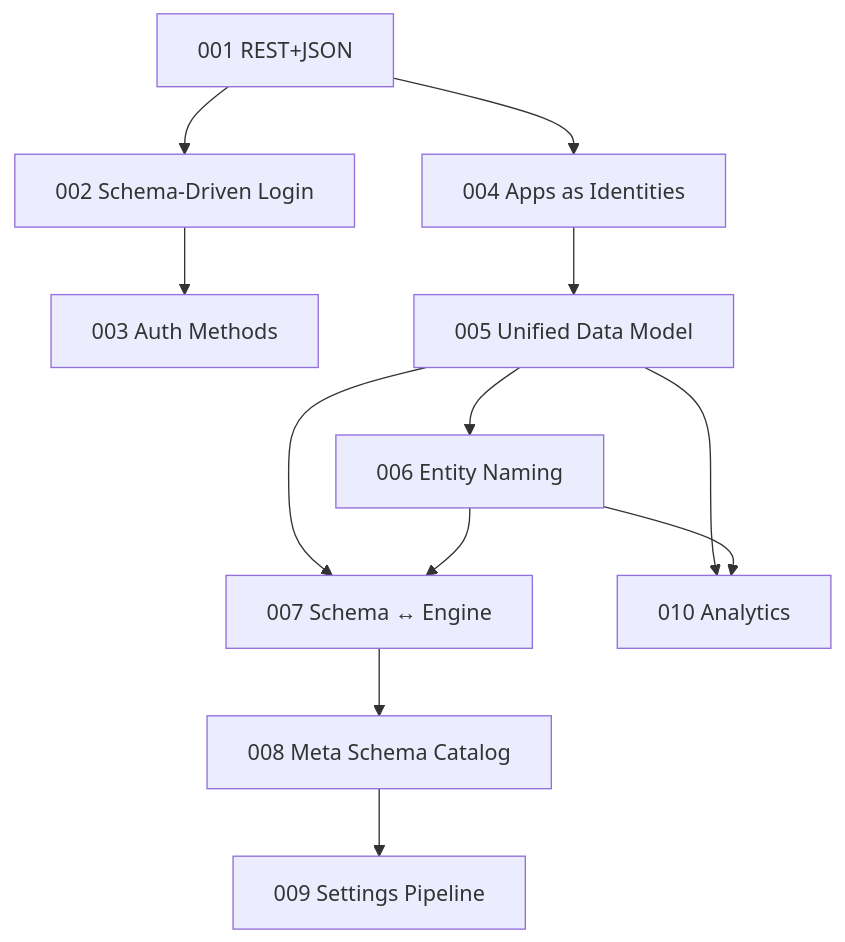
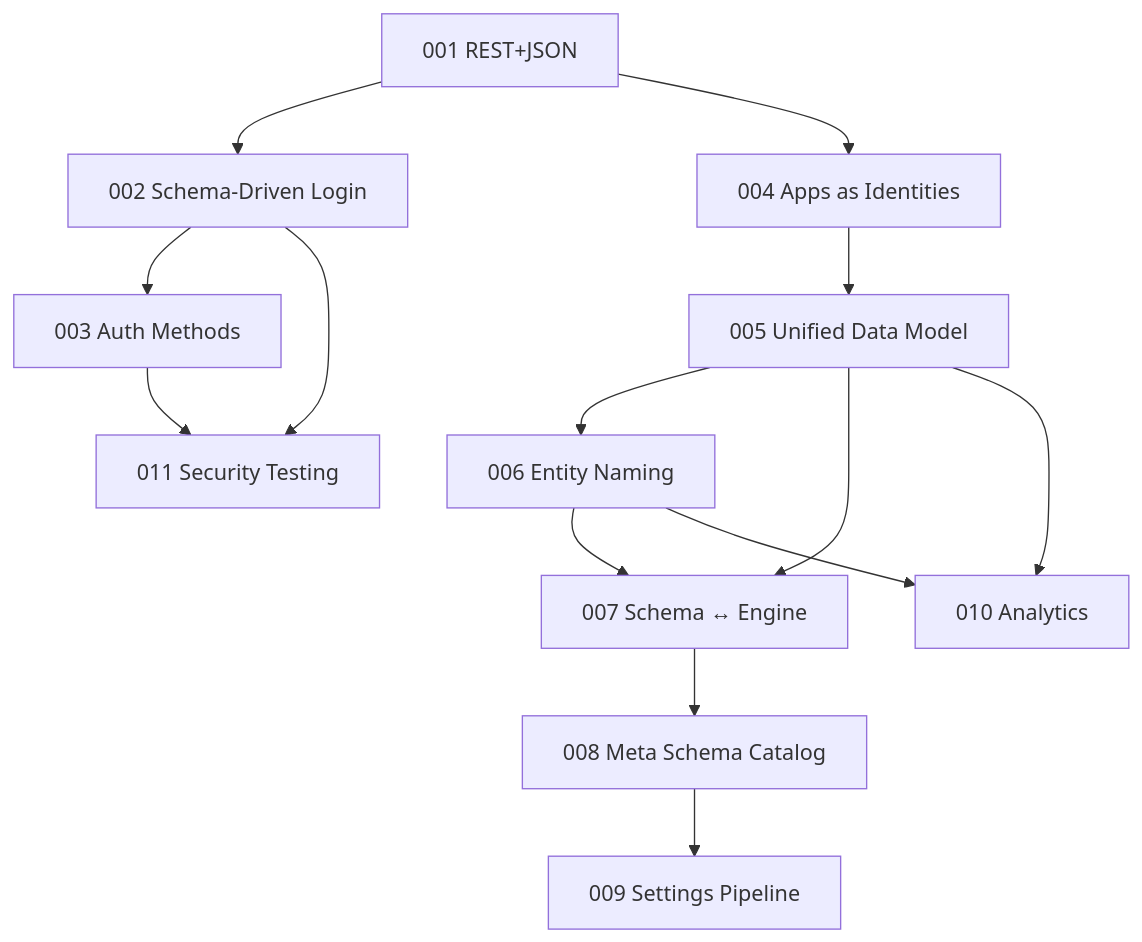
Before and after one commit to fforootd/hodor: the diagram in docs/000-index.md, drawn with Mermaid. The commit also changed other lines of this file and 62 other files, not shown here.

````diff
--- a/docs/000-index.md
+++ b/docs/000-index.md
@@ -47,14 +48,16 @@
 ```mermaid
 graph TD
     A001[001 REST+JSON] --> A002[002 Schema-Driven Login]
     A002 --> A003[003 Auth Methods]
     A001 --> A004[004 Apps as Identities]
     A004 --> A005[005 Unified Data Model]
     A005 --> A006[006 Entity Naming]
     A005 --> A007[007 Schema ↔ Engine]
     A006 --> A007
     A007 --> A008[008 Meta Schema Catalog]
     A008 --> A009[009 Settings Pipeline]
     A005 --> A010[010 Analytics]
     A006 --> A010
+    A002 --> A011[011 Security Testing]
+    A003 --> A011
 ```
````
